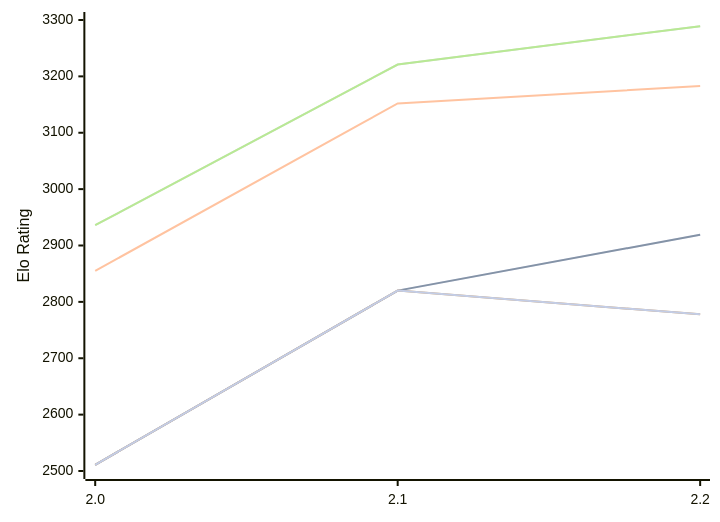
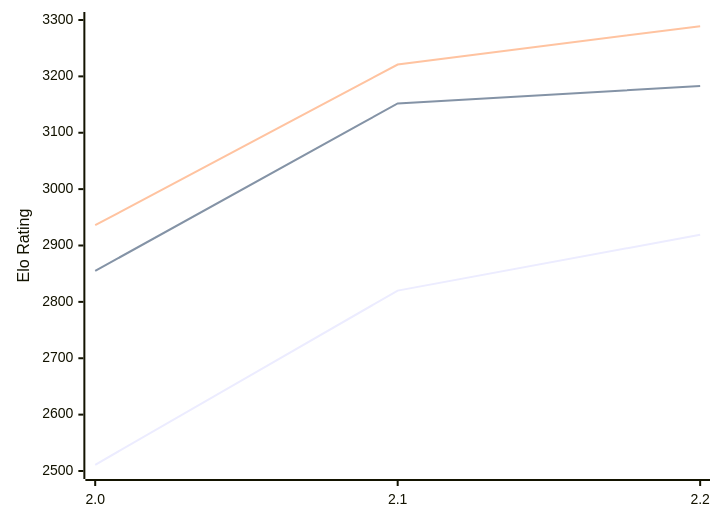
One commit to computer-chess-index/cci changed the diagram in engines/Tunguska.md. Above: the diagram before and after it, drawn with Mermaid. The commit also changed other lines of this file, not shown here.

````diff
--- a/engines/Tunguska.md
+++ b/engines/Tunguska.md
@@ -49,13 +49,9 @@
 ```mermaid
 %%{init: {"theme":"base","themeVariables":{"seriesColors:['#a3a3a3','#222221','#faa371']}}}%%
 xychart-beta
   x-axis ["2.0", "2.1", "2.2"]
   y-axis "Elo Rating" 2500 --> 3300
-  line "" [2511, 2820, 2919]
   line "T1: STC (8.0+0.08s)" [2511, 2820, 2919]
   line "T1: LTC (60.0+0.60s)" [2855, 3152, 3183]
-  line "" [2936, 3221, 3289]
   line "T1: VLTC (2m24s+1.12s)" [2936, 3221, 3289]
-  line "" [2511, 2820,2778]
-  line "E1: STC (8.0+0.08s)" [2511, 2820,2778]
 ```
````
